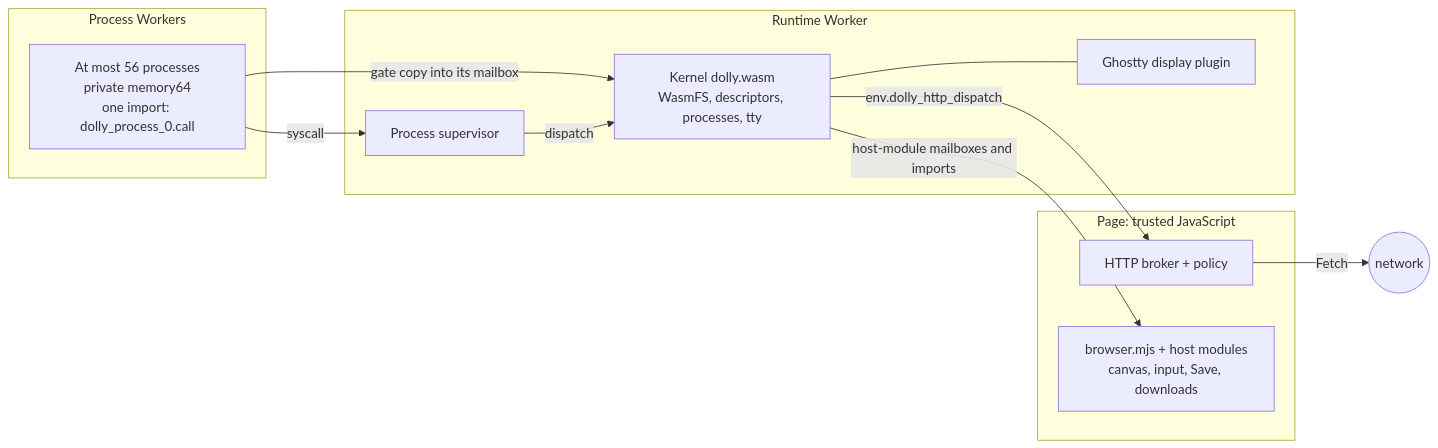
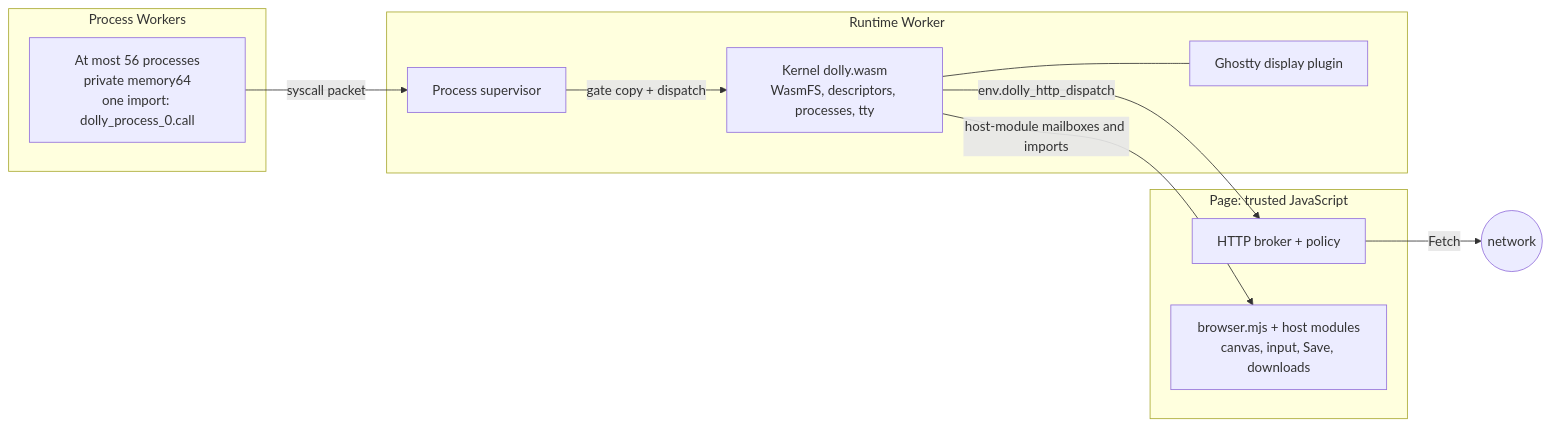
The first of 3 diagrams in docs/architecture.md (daugasauron/dolly), drawn with Mermaid before and after one commit. The commit also changed other lines of this file and 27 other files, not shown here.

````diff
--- a/docs/architecture.md
+++ b/docs/architecture.md
@@ -8,22 +8,21 @@
 ```mermaid
 flowchart LR
   subgraph page["Page: trusted JavaScript"]
     broker["HTTP broker + policy"]
     ui["browser.mjs + host modules<br/>canvas, input, Save, downloads"]
   end
   subgraph runtime["Runtime Worker"]
     kernel["Kernel dolly.wasm<br/>WasmFS, descriptors, processes, tty"]
     ghostty["Ghostty display plugin"]
     supervisor["Process supervisor"]
   end
   subgraph procs["Process Workers"]
     proc["At most 56 processes<br/>private memory64<br/>one import: dolly_process_0.call"]
   end
-  proc -- "gate copy into its mailbox" --> kernel
-  proc -- "syscall" --> supervisor
-  supervisor -- "dispatch" --> kernel
+  proc -- "syscall packet" --> supervisor
+  supervisor -- "gate copy + dispatch" --> kernel
   kernel --- ghostty
   kernel -- "host-module mailboxes and imports" --> ui
   kernel -- "env.dolly_http_dispatch" --> broker
   broker -- "Fetch" --> net(("network"))
 ```
````
